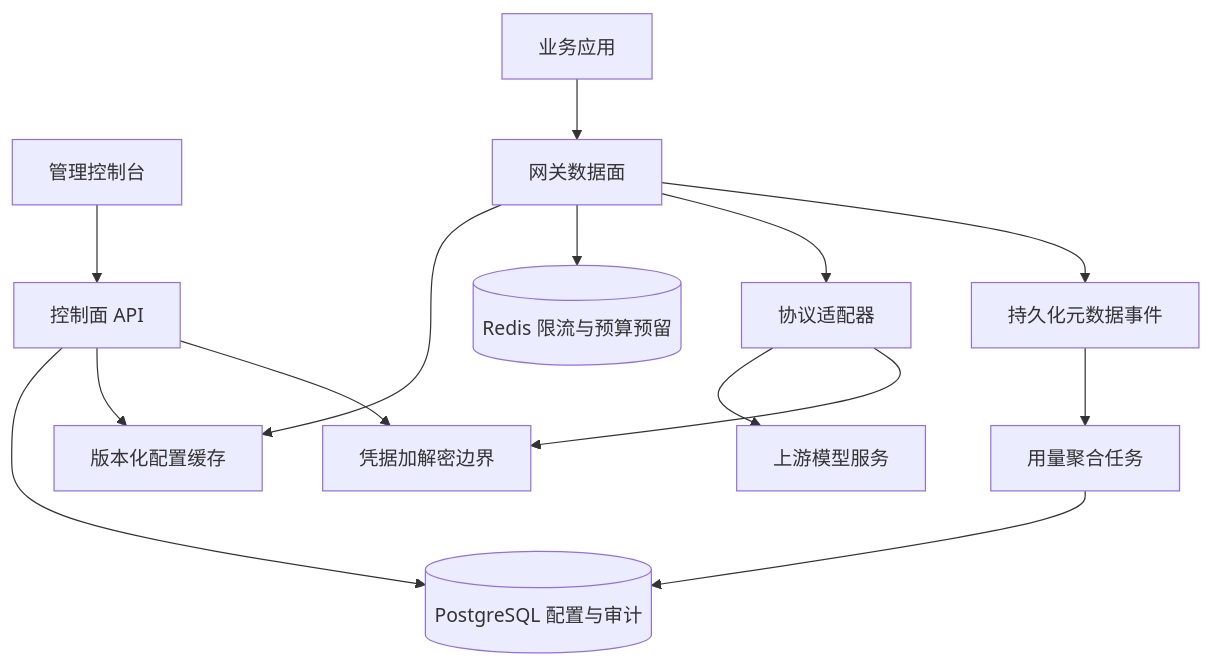
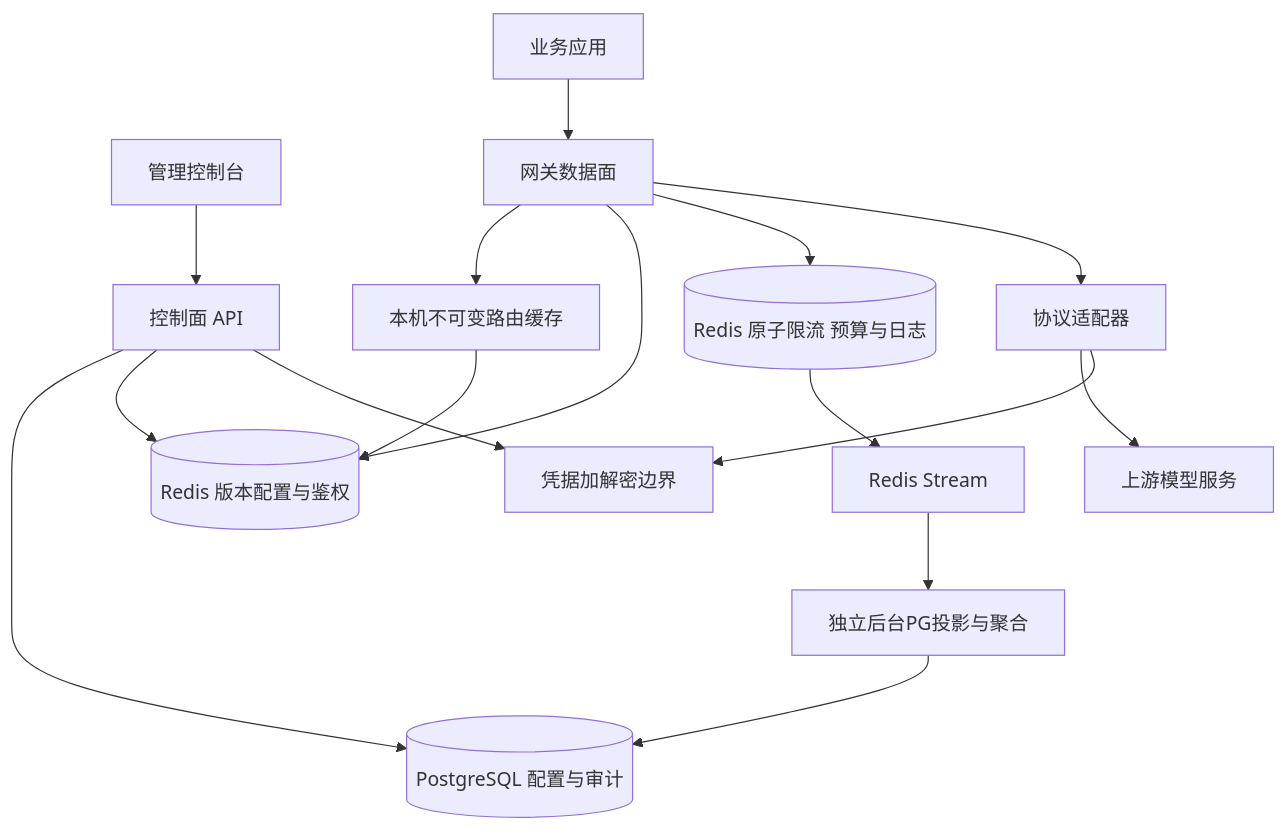
One commit to jihuayu/ai-gateway changed the second of 2 diagrams in docs/design.md. Above: the diagram before and after it, drawn with Mermaid. The commit also changed other lines of this file and 13 other files, not shown here.

Commit message:
docs: record zero-SQL architecture and verified Redis delivery

````diff
--- a/docs/design.md
+++ b/docs/design.md
@@ -149,16 +149,18 @@
 ```mermaid
 flowchart TB
     U[管理控制台] --> C[控制面 API]
     A[业务应用] --> G[网关数据面]
     C --> DB[(PostgreSQL 配置与审计)]
-    C --> V[版本化配置缓存]
+    C --> V[(Redis 版本配置与鉴权)]
+    G --> M[本机不可变路由缓存]
+    M --> V
     G --> V
-    G --> R[(Redis 限流与预算预留)]
+    G --> R[(Redis 原子限流 预算与日志)]
     G --> P[协议适配器]
     P --> S[上游模型服务]
-    G --> O[持久化元数据事件]
-    O --> W[用量聚合任务]
+    R --> O[Redis Stream]
+    O --> W[独立后台PG投影与聚合]
     W --> DB
     C --> K[凭据加解密边界]
     P --> K
 ```
````
